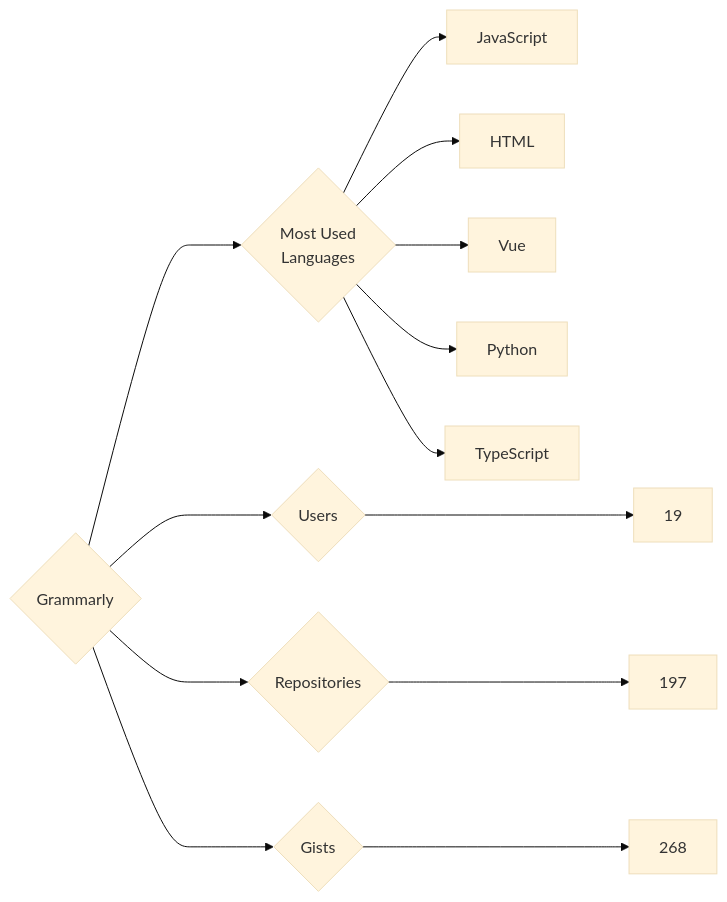
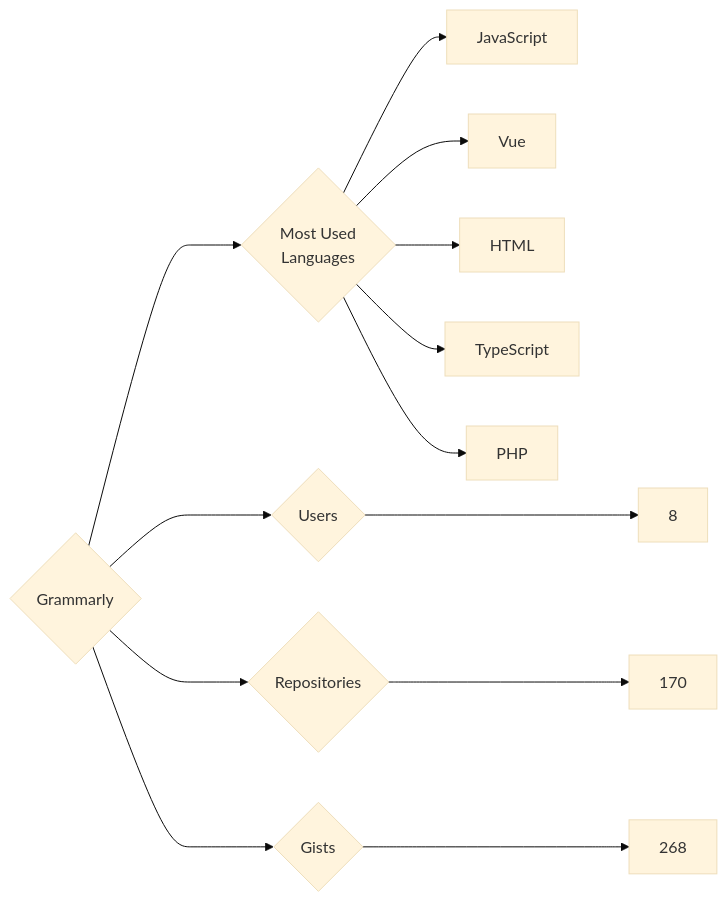
The diagram in targets/Grammarly/README.md (trickest/insiders), drawn with Mermaid (base theme) before and after one commit. The commit also changed 998 other files, not shown here.

````diff
--- a/targets/Grammarly/README.md
+++ b/targets/Grammarly/README.md
@@ -3,13 +3,13 @@
 ```mermaid
 graph LR
 COMPANY_NAME{Grammarly}
-COMPANY_NAME ---> U{Users} ---> UN[19]
-COMPANY_NAME ---> R{Repositories} ---> RN[197]
+COMPANY_NAME ---> U{Users} ---> UN[8]
+COMPANY_NAME ---> R{Repositories} ---> RN[170]
 COMPANY_NAME ---> G{Gists} ---> GN[268]
 COMPANY_NAME ---> ML{Most Used<br>Languages}
 ML --> JavaScript[JavaScript]
+ML --> Vue[Vue]
 ML --> HTML[HTML]
-ML --> Vue[Vue]
-ML --> Python[Python]
 ML --> TypeScript[TypeScript]
+ML --> PHP[PHP]
 ```
````
